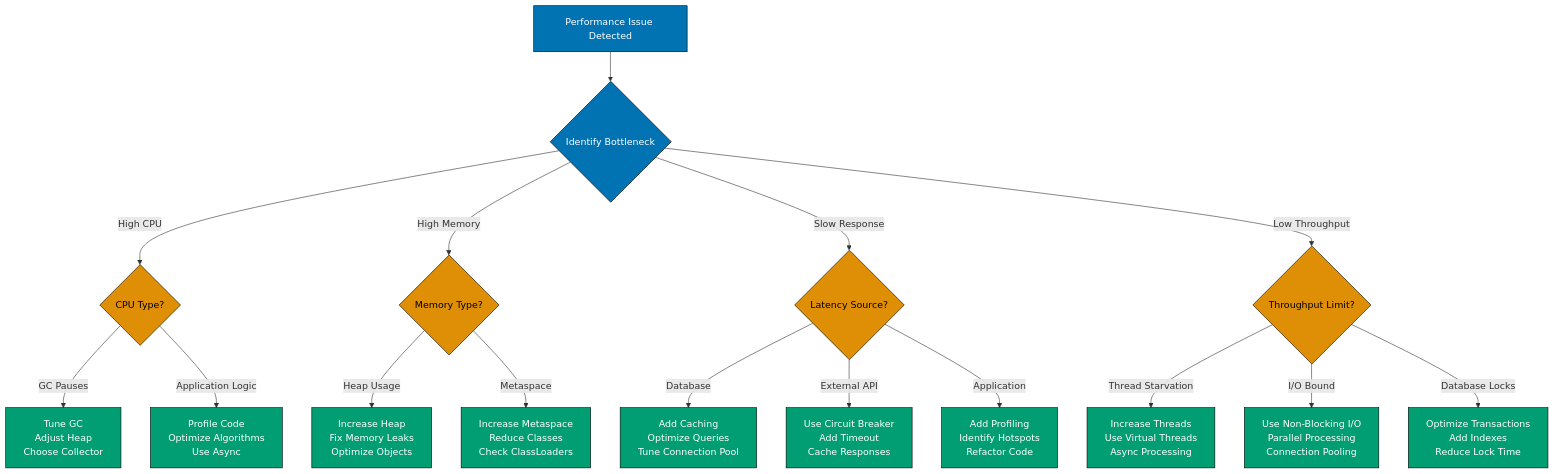
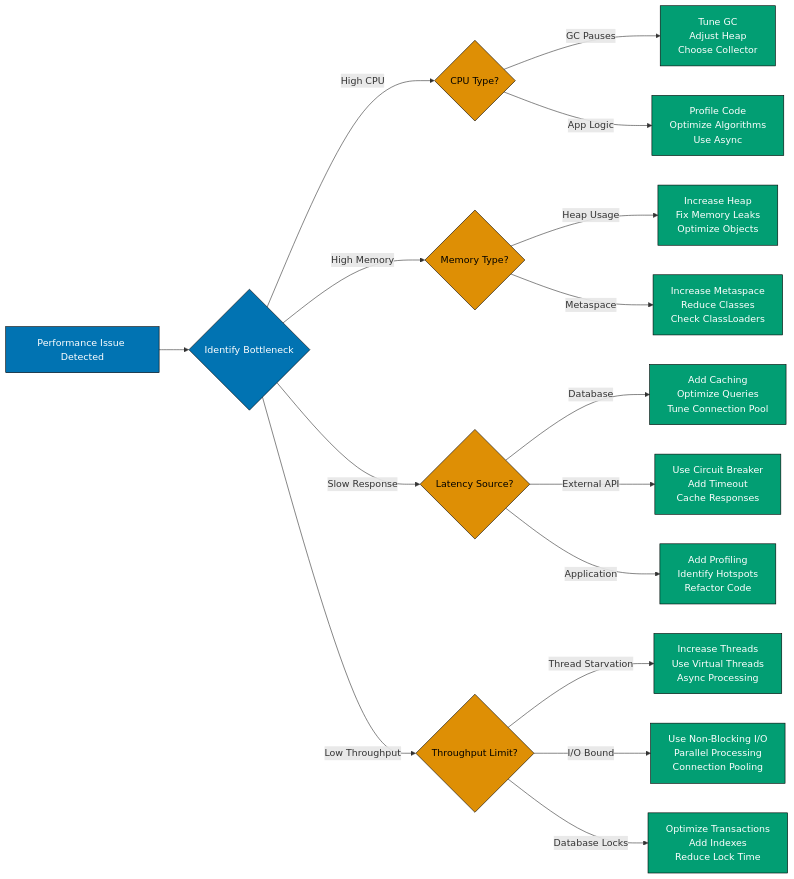
One commit to wahidyankf/open-sharia-enterprise changed the diagram in docs/explanation/software-engineering/platform-web/tools/jvm-spring-boot/performance.md. Above: the diagram before and after it, drawn with Mermaid. The commit also changed 22 other files, not shown here.

First line of the commit message:
fix(docs): fix mermaid violations in platform-web docs

````diff
--- a/docs/explanation/software-engineering/platform-web/tools/jvm-spring-boot/performance.md
+++ b/docs/explanation/software-engineering/platform-web/tools/jvm-spring-boot/performance.md
@@ -61,41 +61,41 @@
 ```mermaid
 %% Color Palette: Blue #0173B2, Orange #DE8F05, Teal #029E73, Purple #CC78BC
 %% All colors are color-blind friendly and meet WCAG AA contrast standards
-graph TD
+graph LR
     A[Performance Issue Detected] --> B{Identify Bottleneck}
     B -->|High CPU| C{CPU Type?}
     B -->|High Memory| D{Memory Type?}
     B -->|Slow Response| E{Latency Source?}
     B -->|Low Throughput| F{Throughput Limit?}
 
     C -->|GC Pauses| G[Tune GC<br/>Adjust Heap<br/>Choose Collector]
-    C -->|Application Logic| H[Profile Code<br/>Optimize Algorithms<br/>Use Async]
+    C -->|App Logic| H[Profile Code<br/>Optimize Algorithms<br/>Use Async]
 
     D -->|Heap Usage| I[Increase Heap<br/>Fix Memory Leaks<br/>Optimize Objects]
     D -->|Metaspace| J[Increase Metaspace<br/>Reduce Classes<br/>Check ClassLoaders]
 
     E -->|Database| K[Add Caching<br/>Optimize Queries<br/>Tune Connection Pool]
     E -->|External API| L[Use Circuit Breaker<br/>Add Timeout<br/>Cache Responses]
     E -->|Application| M[Add Profiling<br/>Identify Hotspots<br/>Refactor Code]
 
     F -->|Thread Starvation| N[Increase Threads<br/>Use Virtual Threads<br/>Async Processing]
     F -->|I/O Bound| O[Use Non-Blocking I/O<br/>Parallel Processing<br/>Connection Pooling]
     F -->|Database Locks| P[Optimize Transactions<br/>Add Indexes<br/>Reduce Lock Time]
 
     style A fill:#0173B2,stroke:#000,color:#fff
     style B fill:#0173B2,stroke:#000,color:#fff
     style C fill:#DE8F05,stroke:#000,color:#000
     style D fill:#DE8F05,stroke:#000,color:#000
     style E fill:#DE8F05,stroke:#000,color:#000
     style F fill:#DE8F05,stroke:#000,color:#000
     style G fill:#029E73,stroke:#000,color:#fff
     style H fill:#029E73,stroke:#000,color:#fff
     style I fill:#029E73,stroke:#000,color:#fff
     style J fill:#029E73,stroke:#000,color:#fff
     style K fill:#029E73,stroke:#000,color:#fff
     style L fill:#029E73,stroke:#000,color:#fff
     style M fill:#029E73,stroke:#000,color:#fff
     style N fill:#029E73,stroke:#000,color:#fff
     style O fill:#029E73,stroke:#000,color:#fff
     style P fill:#029E73,stroke:#000,color:#fff
 ```
````
